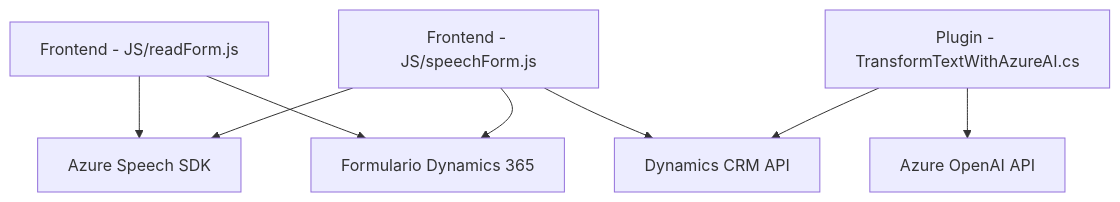
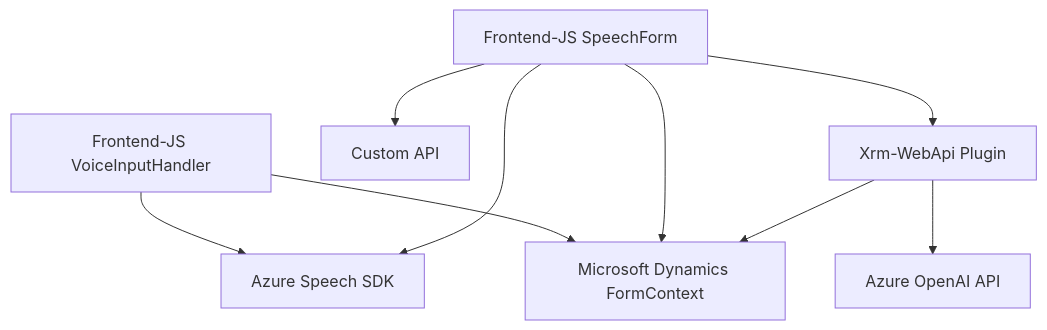
Before and after one commit to blopezdm/NETCORE_BILBAO2025: the diagram in README.md, drawn with Mermaid. The commit also changed other lines of this file, not shown here.

````diff
--- a/README.md
+++ b/README.md
@@ -32,18 +41,11 @@
 ```mermaid
 graph TD
-    A["Frontend - JS/readForm.js"]
-    B["Frontend - JS/speechForm.js"]
-    C["Plugin - TransformTextWithAzureAI.cs"]
-    D["Azure Speech SDK"]
-    E["Azure OpenAI API"]
-    F["Dynamics CRM API"]
-    G["Formulario Dynamics 365"]
-
-    A --> D
-    A --> G
-    B --> D
-    B --> F
-    B --> G
-    C --> E
-    C --> F
+    A["Frontend-JS VoiceInputHandler"] --> B["Azure Speech SDK"]
+    A --> C["Microsoft Dynamics FormContext"]
+    E["Frontend-JS SpeechForm"] --> B
+    E --> C
+    E --> F["Custom API"]
+    E --> G["Xrm-WebApi Plugin"]
+    G --> H["Azure OpenAI API"]
+    G --> C
 ```
````
